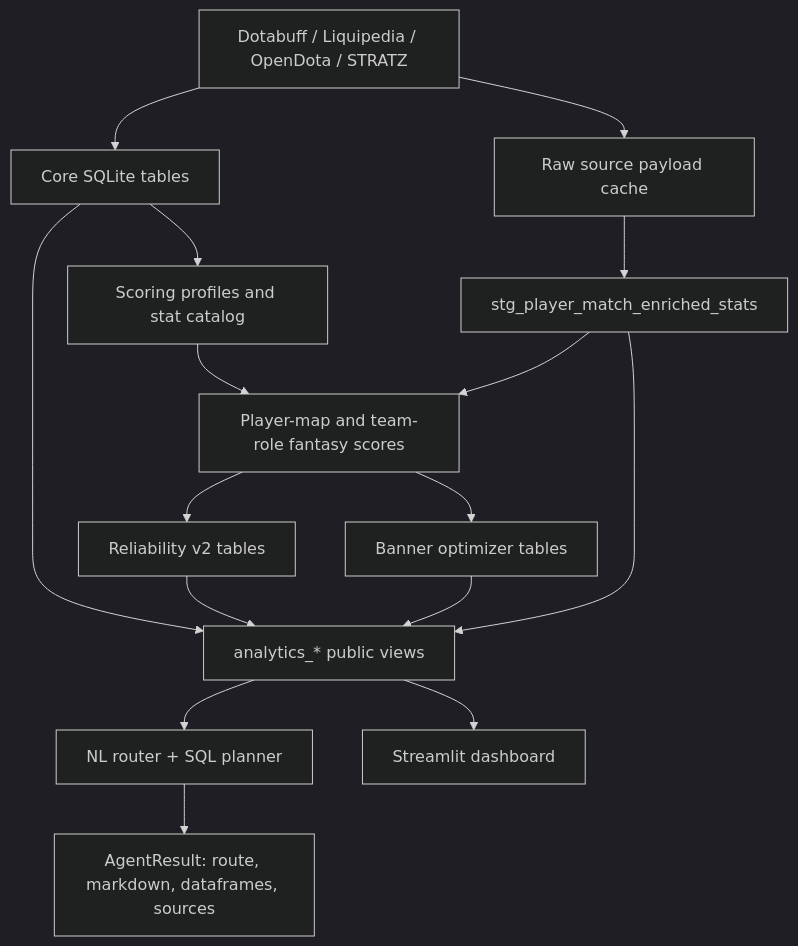
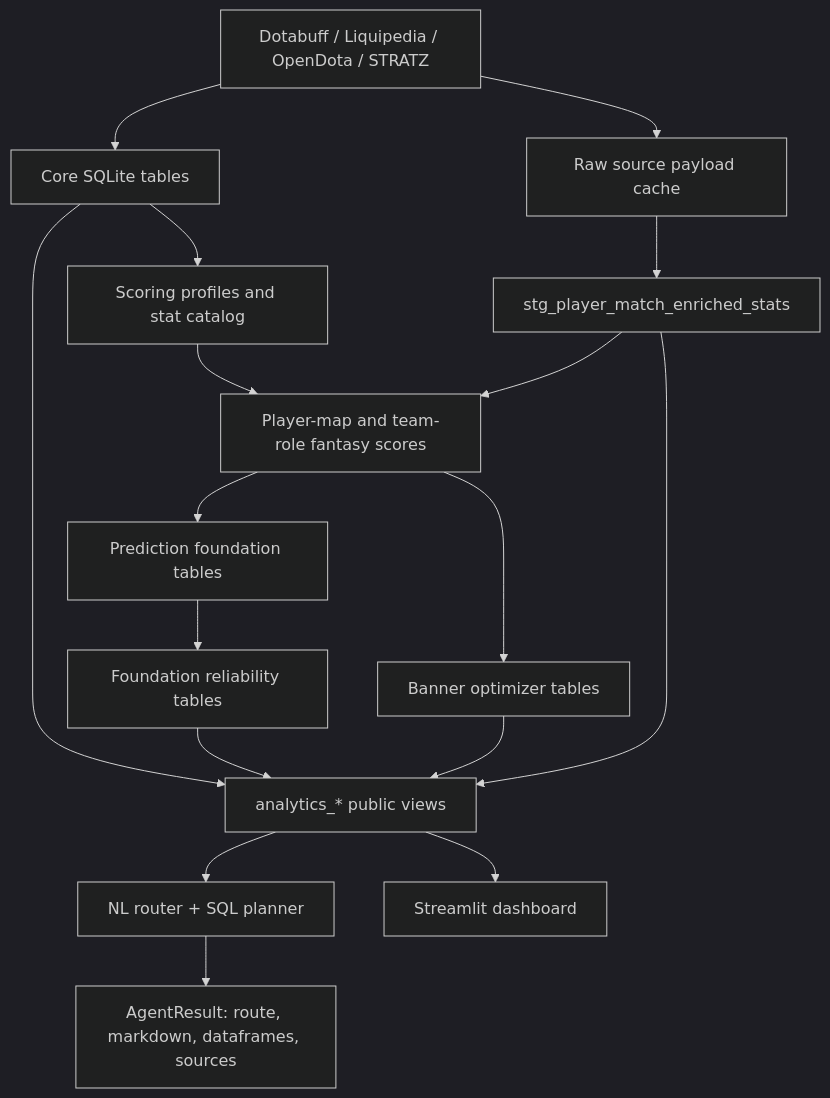
The diagram in docs/ARCHITECTURE.md (Qriznapi/fantasy-analytics), drawn with Mermaid (dark theme) before and after one commit. The commit also changed other lines of this file and 157 other files, not shown here.

````diff
--- a/docs/ARCHITECTURE.md
+++ b/docs/ARCHITECTURE.md
@@ -7,18 +7,19 @@
 ```mermaid
 flowchart TD
     S["Dotabuff / Liquipedia / OpenDota / STRATZ"] --> C["Core SQLite tables"]
     S --> R["Raw source payload cache"]
     R --> E["stg_player_match_enriched_stats"]
     C --> P["Scoring profiles and stat catalog"]
     P --> M["Player-map and team-role fantasy scores"]
     E --> M
-    M --> Q["Reliability v2 tables"]
+    M --> F["Prediction foundation tables"]
+    F --> Q["Foundation reliability tables"]
     M --> O["Banner optimizer tables"]
     C --> V["analytics_* public views"]
     Q --> V
     O --> V
     E --> V
     V --> N["NL router + SQL planner"]
     V --> D["Streamlit dashboard"]
     N --> A["AgentResult: route, markdown, dataframes, sources"]
 ```
````
